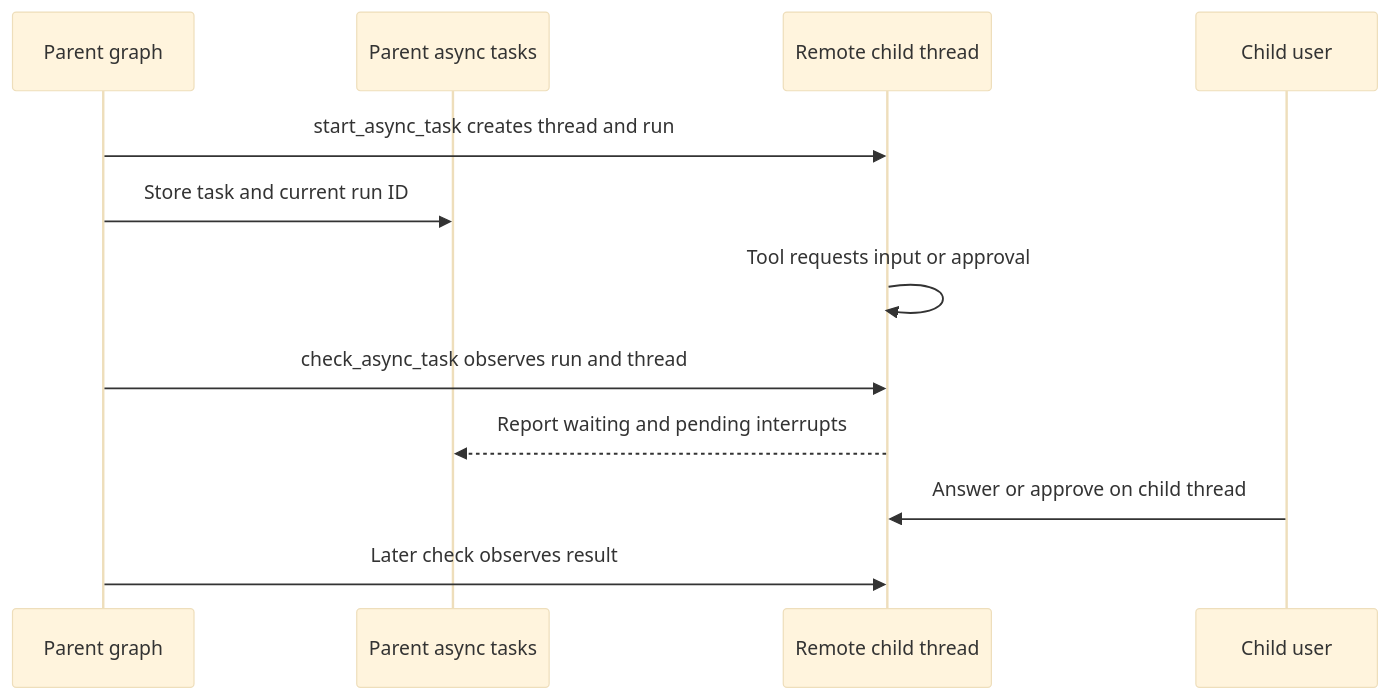
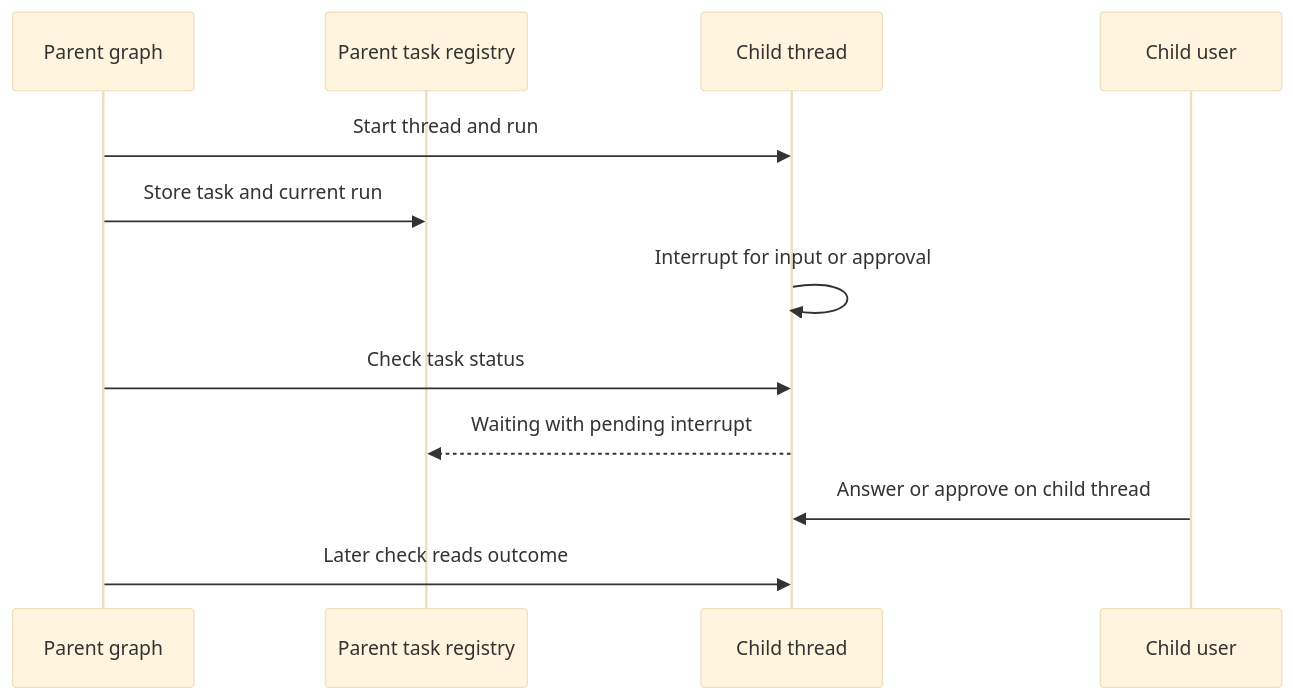
Before and after one commit to langchain-ai/deepagents: the second of 2 diagrams in openwiki/concepts/permissions-hitl.md, drawn with Mermaid (base theme). The commit also changed other lines of this file and 53 other files, not shown here.

````diff
--- a/openwiki/concepts/permissions-hitl.md
+++ b/openwiki/concepts/permissions-hitl.md
@@ -81,14 +88,14 @@
 ```mermaid
 sequenceDiagram
     participant Parent as Parent graph
-    participant Registry as Parent async tasks
-    participant Child as Remote child thread
+    participant Tasks as Parent task registry
+    participant Child as Child thread
     participant User as Child user
-    Parent->>Child: start_async_task creates thread and run
-    Parent->>Registry: Store task and current run ID
-    Child->>Child: Tool requests input or approval
-    Parent->>Child: check_async_task observes run and thread
-    Child-->>Registry: Report waiting and pending interrupts
+    Parent->>Child: Start thread and run
+    Parent->>Tasks: Store task and current run
+    Child->>Child: Interrupt for input or approval
+    Parent->>Child: Check task status
+    Child-->>Tasks: Waiting with pending interrupt
     User->>Child: Answer or approve on child thread
-    Parent->>Child: Later check observes result
+    Parent->>Child: Later check reads outcome
 ```
````
